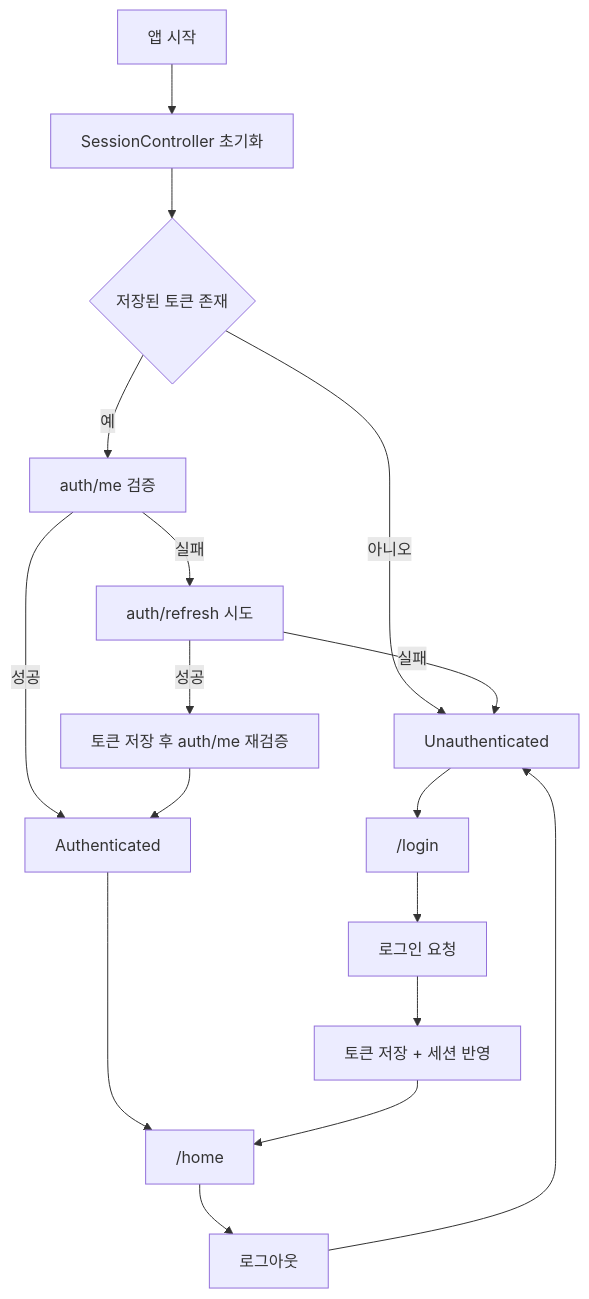
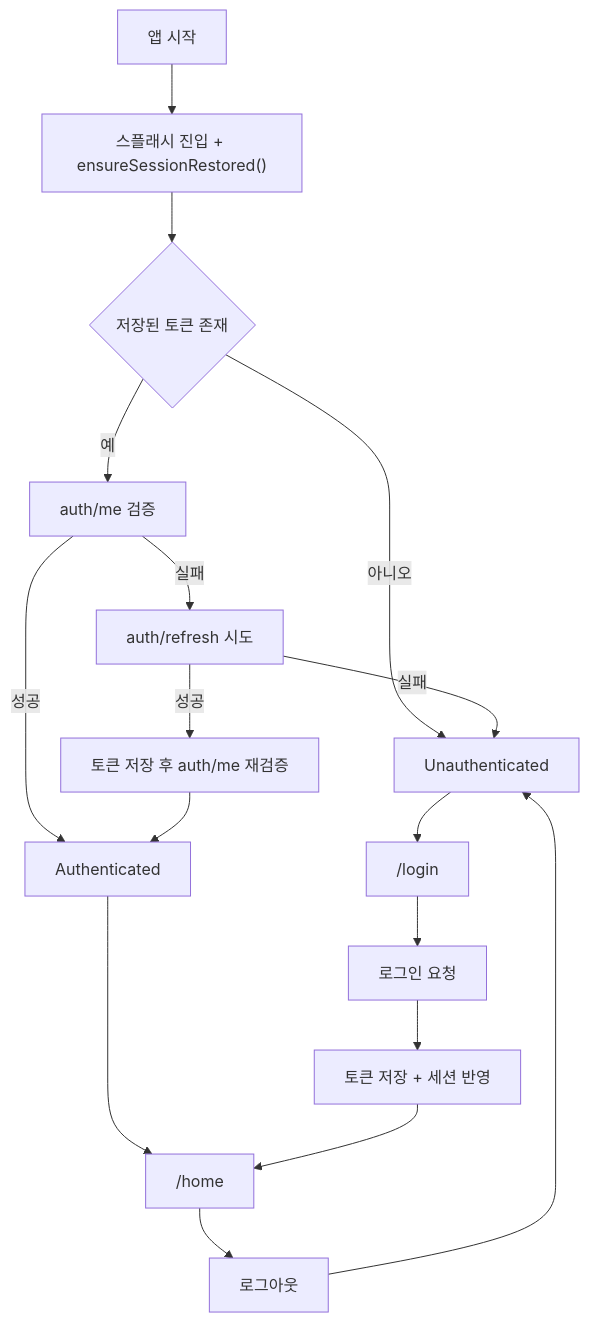
Before and after one commit to jerry-cho-96/flutter_riverpod_3_starter: the second of 2 diagrams in README.md, drawn with Mermaid. The commit also changed other lines of this file and 51 other files, not shown here.

````diff
--- a/README.md
+++ b/README.md
@@ -173,19 +180,19 @@
 ```mermaid
 flowchart TD
-    A[앱 시작] --> B[SessionController 초기화]
+    A[앱 시작] --> B["스플래시 진입 + ensureSessionRestored()"]
     B --> C{저장된 토큰 존재}
     C -- 아니오 --> D[Unauthenticated]
     C -- 예 --> E[auth/me 검증]
     E -- 성공 --> F[Authenticated]
     E -- 실패 --> G[auth/refresh 시도]
     G -- 성공 --> H[토큰 저장 후 auth/me 재검증]
     H --> F
     G -- 실패 --> D
     D --> I["/login"]
     F --> J["/home"]
     I --> K[로그인 요청]
     K --> L[토큰 저장 + 세션 반영]
     L --> J
     J --> M[로그아웃]
     M --> D
 ```
````
